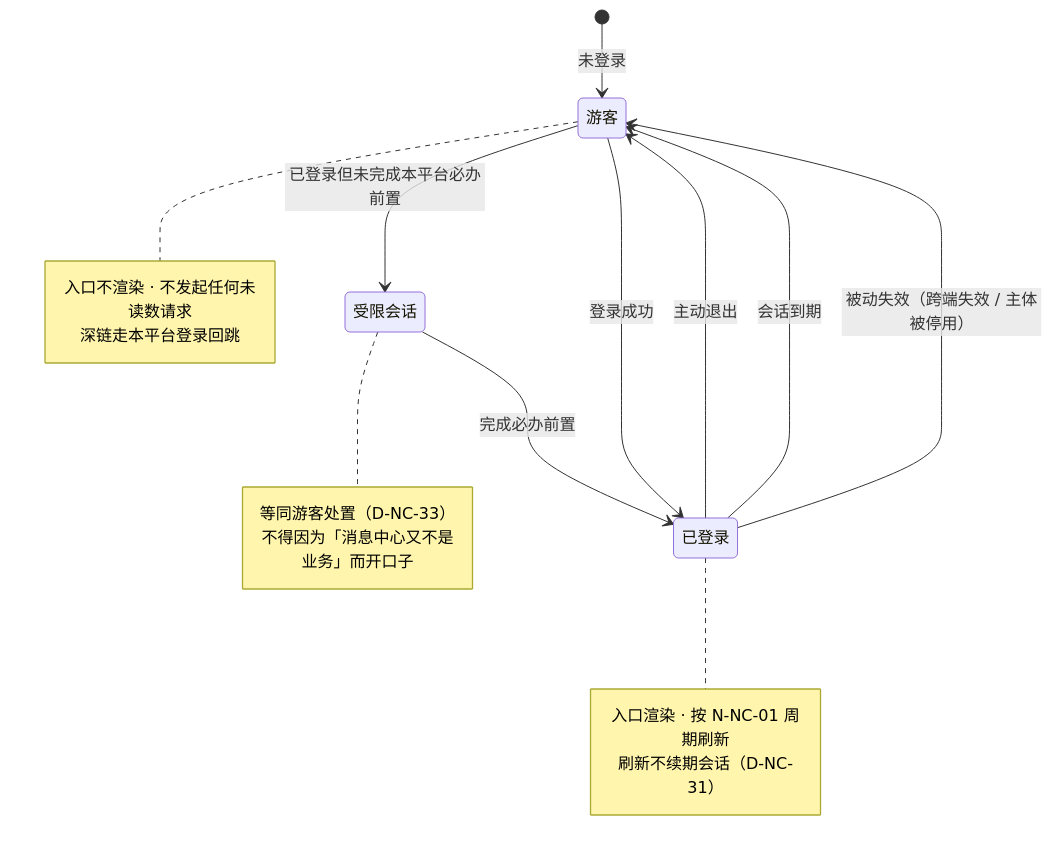
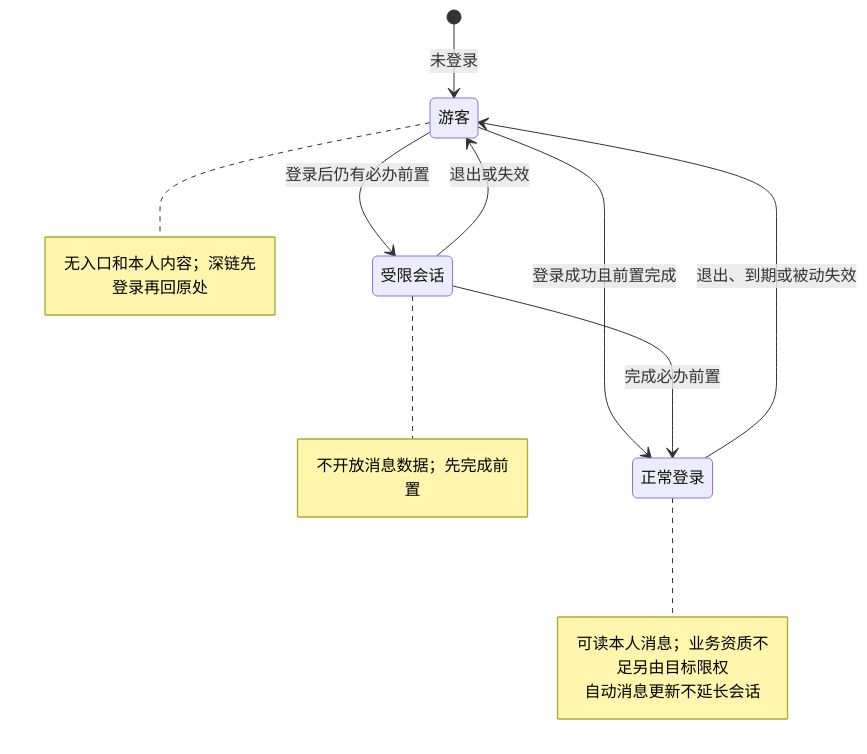
One commit to wxblockchain/Chain-Financing changed the ninth of 9 diagrams in lending-platform/PRD/v1.0-面客消息中心/v1.0-面客消息中心-流程图与状态机.md. Above: the diagram before and after it, drawn with Mermaid. The commit also changed other lines of this file and 4 other files, not shown here.

````diff
--- a/lending-platform/PRD/v1.0-面客消息中心/v1.0-面客消息中心-流程图与状态机.md
+++ b/lending-platform/PRD/v1.0-面客消息中心/v1.0-面客消息中心-流程图与状态机.md
@@ -319,23 +208,19 @@
 ```mermaid
 stateDiagram-v2
     [*] --> 游客: 未登录
-    游客 --> 受限会话: 已登录但未完成本平台必办前置
-    受限会话 --> 已登录: 完成必办前置
-    游客 --> 已登录: 登录成功
-    已登录 --> 游客: 主动退出
-    已登录 --> 游客: 会话到期
-    已登录 --> 游客: 被动失效（跨端失效 / 主体被停用）
-
+    游客 --> 受限会话: 登录后仍有必办前置
+    游客 --> 正常登录: 登录成功且前置完成
+    受限会话 --> 正常登录: 完成必办前置
+    受限会话 --> 游客: 退出或失效
+    正常登录 --> 游客: 退出、到期或被动失效
     note right of 游客
-        入口不渲染 · 不发起任何未读数请求
-        深链走本平台登录回跳
+        无入口和本人内容；深链先登录再回原处
     end note
     note right of 受限会话
-        等同游客处置（D-NC-33）
-        不得因为「消息中心又不是业务」而开口子
+        不开放消息数据；先完成前置
     end note
-    note right of 已登录
-        入口渲染 · 按 N-NC-01 周期刷新
-        刷新不续期会话（D-NC-31）
+    note right of 正常登录
+        可读本人消息；业务资质不足另由目标限权
+        自动消息更新不延长会话
     end note
 ```
````
